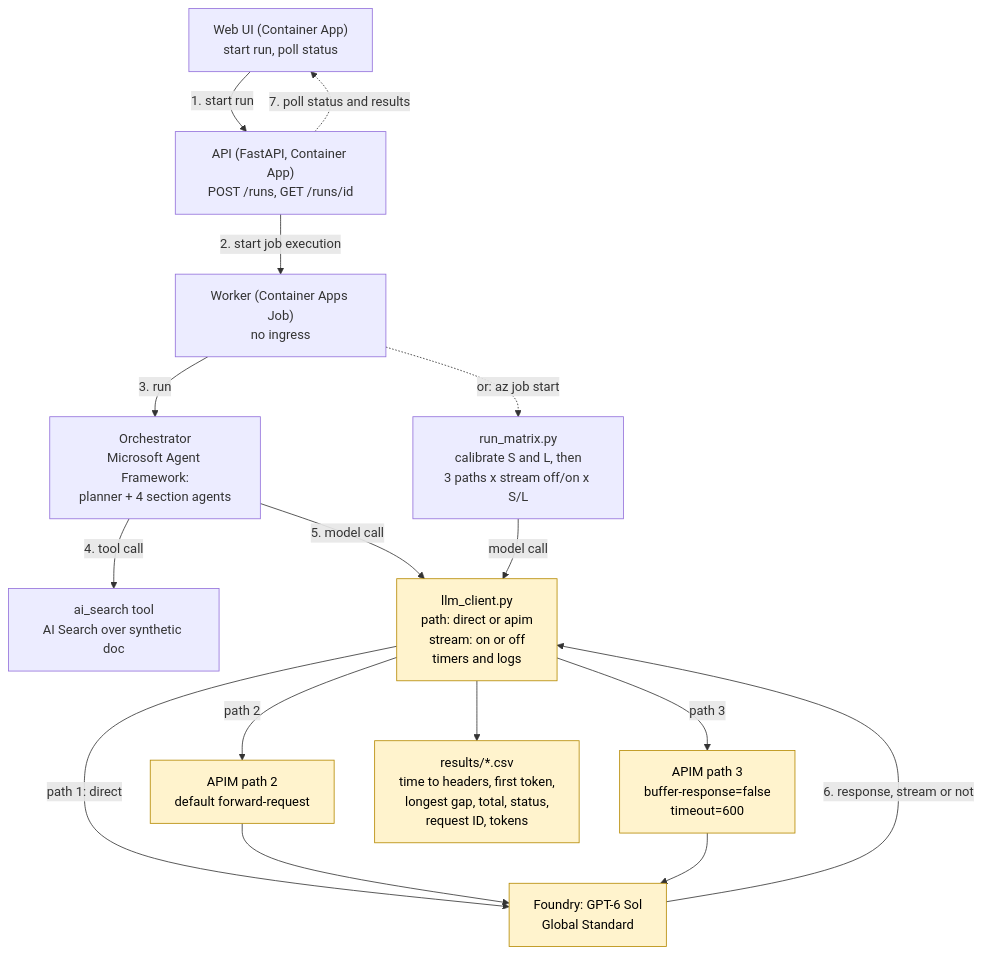
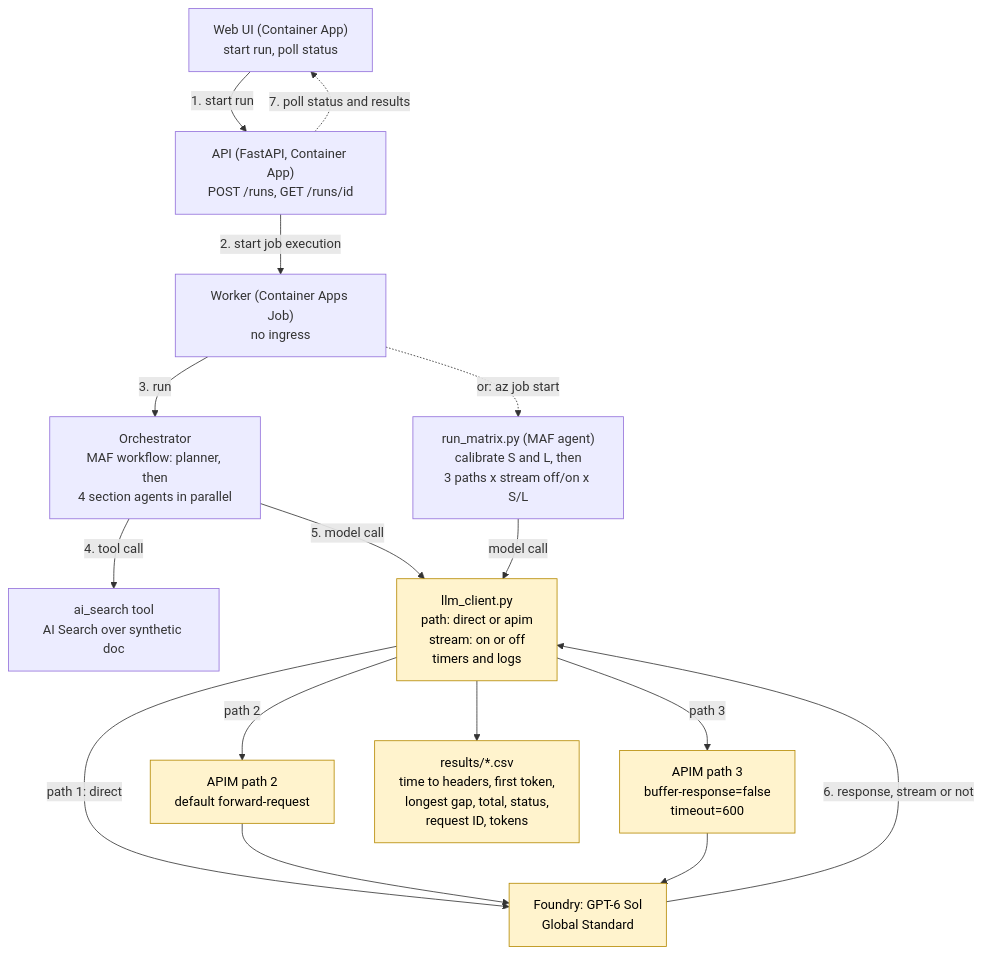
Before and after one commit to hamza-roujdami/llm-long-call-lab: the diagram in README.md, drawn with Mermaid. The commit also changed other lines of this file and 4 other files, not shown here.

First line of the commit message:
worker: orchestration as a Microsoft Agent Framework workflow; matrix calls go through a MAF Agent

````diff
--- a/README.md
+++ b/README.md
@@ -33,33 +33,33 @@
 ```mermaid
 flowchart TD
     UI["Web UI (Container App)<br/>start run, poll status"]
     API["API (FastAPI, Container App)<br/>POST /runs, GET /runs/id"]
     JOB["Worker (Container Apps Job)<br/>no ingress"]
-    ORCH["Orchestrator<br/>Microsoft Agent Framework:<br/>planner + 4 section agents"]
-    MX["run_matrix.py<br/>calibrate S and L, then<br/>3 paths x stream off/on x S/L"]
+    ORCH["Orchestrator<br/>MAF workflow: planner, then<br/>4 section agents in parallel"]
+    MX["run_matrix.py (MAF agent)<br/>calibrate S and L, then<br/>3 paths x stream off/on x S/L"]
     TOOL["ai_search tool<br/>AI Search over synthetic doc"]
     LLM["llm_client.py<br/>path: direct or apim<br/>stream: on or off<br/>timers and logs"]
     APIM2["APIM path 2<br/>default forward-request"]
     APIM3["APIM path 3<br/>buffer-response=false<br/>timeout=600"]
     MODEL["Foundry: GPT-6 Sol<br/>Global Standard"]
     RES["results/*.csv<br/>time to headers, first token,<br/>longest gap, total, status,<br/>request ID, tokens"]
 
     UI -->|1. start run| API
     API -->|2. start job execution| JOB
     JOB -->|3. run| ORCH
     JOB -.->|or: az job start| MX
     ORCH -->|4. tool call| TOOL
     ORCH -->|5. model call| LLM
     MX -->|model call| LLM
     LLM -->|path 1: direct| MODEL
     LLM -->|path 2| APIM2
     LLM -->|path 3| APIM3
     APIM2 --> MODEL
     APIM3 --> MODEL
     MODEL -->|6. response, stream or not| LLM
     LLM --> RES
     API -.->|7. poll status and results| UI
 
     classDef test fill:#fff3cd,stroke:#b58900,color:#000
     class LLM,APIM2,APIM3,MODEL,RES test
 ```
````
